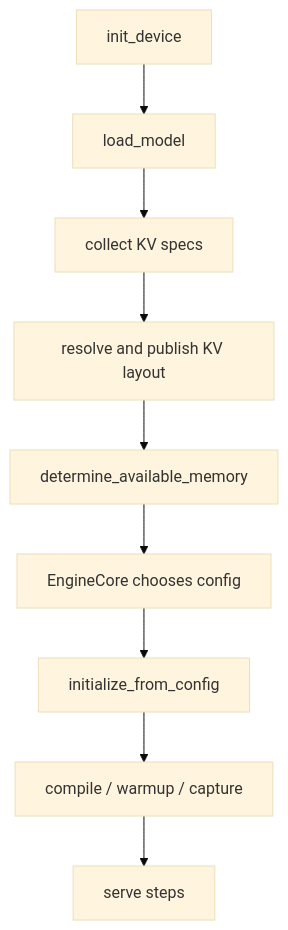
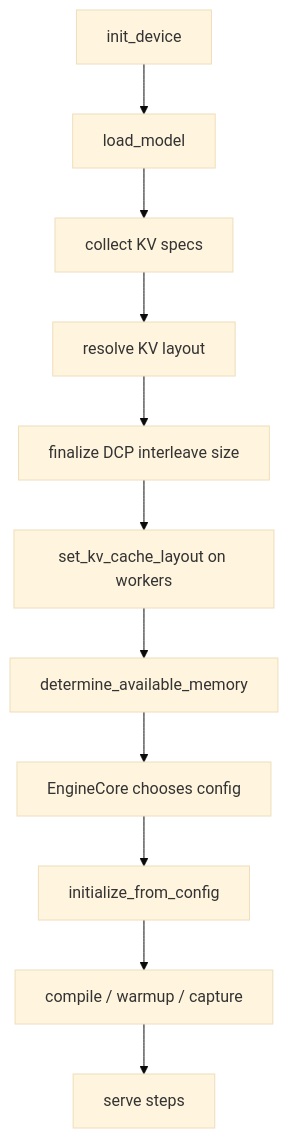
One commit to cluster1900/vllm_reader changed diagram 18 of 43 in book/07-model-execution/README.md. Above: the diagram before and after it, drawn with Mermaid (base theme). The commit also changed other lines of this file and 3 other files, not shown here.

````diff
--- a/book/07-model-execution/README.md
+++ b/book/07-model-execution/README.md
@@ -548,11 +645,13 @@
 ```mermaid
 flowchart TD
     ID["init_device"] --> LM["load_model"]
     LM --> SPEC["collect KV specs"]
-    SPEC --> LAYOUT["resolve and publish KV layout"]
-    LAYOUT --> PM["determine_available_memory"]
+    SPEC --> LAYOUT["resolve KV layout"]
+    LAYOUT --> DCP["finalize DCP interleave size"]
+    DCP --> PUB["set_kv_cache_layout on workers"]
+    PUB --> PM["determine_available_memory"]
     PM --> PLAN["EngineCore chooses config"]
     PLAN --> IKV["initialize_from_config"]
     IKV --> WARM["compile / warmup / capture"]
     WARM --> RUN["serve steps"]
 ```
````
